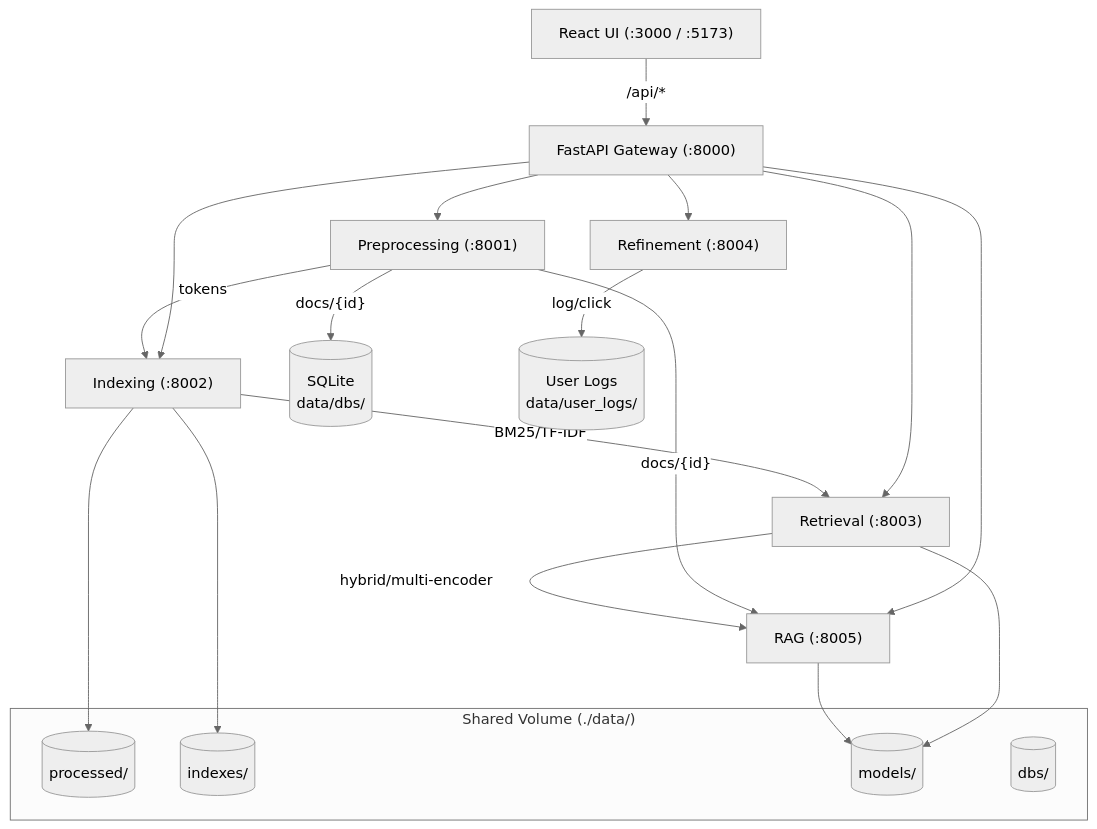
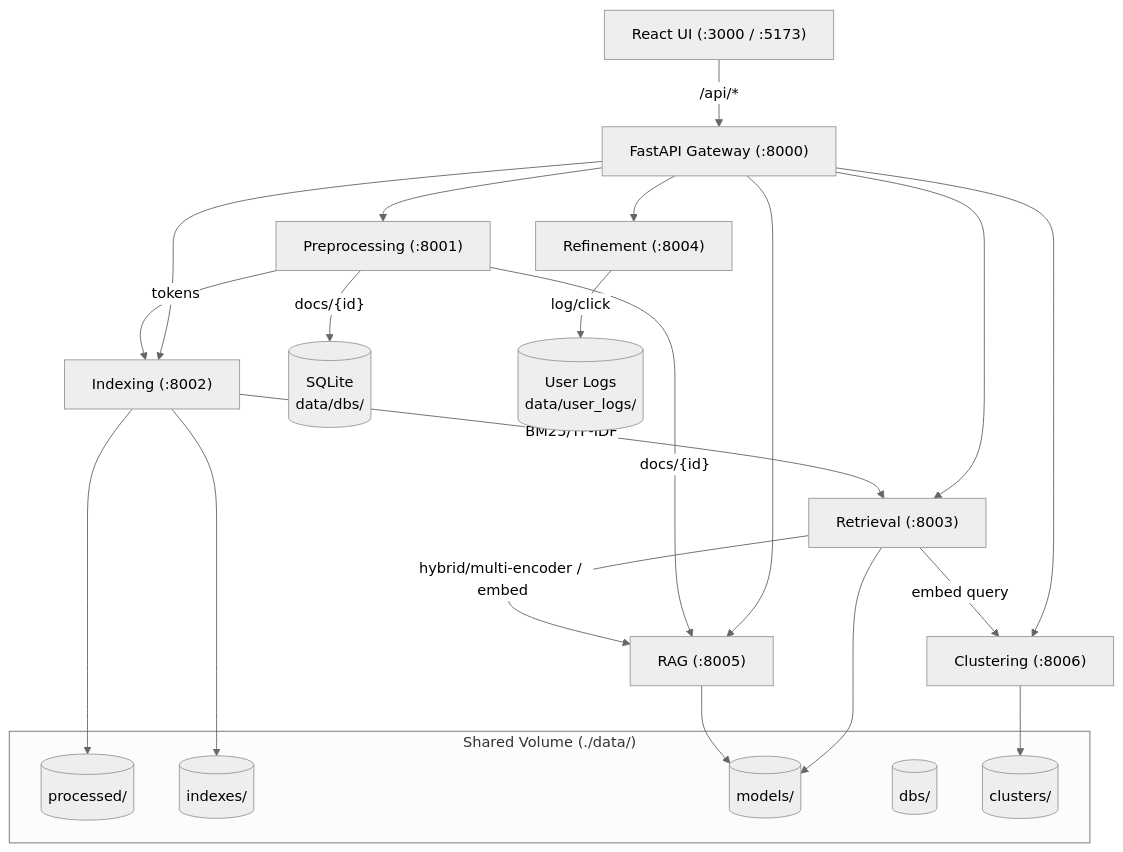
One commit to YasserJ01/ir-project-2026 changed the diagram in README.md. Above: the diagram before and after it, drawn with Mermaid (neutral theme). The commit also changed other lines of this file and 3 other files, not shown here.

Commit message:
Docs: update README + architecture + progress + report for clustering service

````diff
--- a/README.md
+++ b/README.md
@@ -124,25 +124,29 @@
 ```mermaid
 graph TB
     UI["React UI (:3000 / :5173)"] -->|"/api/*"| GW["FastAPI Gateway (:8000)"]
     GW --> PP["Preprocessing (:8001)"]
     GW --> IX["Indexing (:8002)"]
     GW --> RT["Retrieval (:8003)"]
     GW --> RF["Refinement (:8004)"]
     GW --> RG["RAG (:8005)"]
+    GW --> CL["Clustering (:8006)"]
     PP -->|"tokens"| IX
     PP -->|"docs/{id}"| RG
     PP -->|"docs/{id}"| DB[(SQLite<br/>data/dbs/)]
     IX -->|"BM25/TF-IDF"| RT
-    RT -->|"hybrid/multi-encoder"| RG
+    RT -->|"hybrid/multi-encoder / embed"| RG
+    RT -->|"embed query"| CL
     RF -->|"log/click"| UL[("User Logs<br/>data/user_logs/")]
     subgraph DATA ["Shared Volume (./data/)"]
         P[(processed/)]
         I[(indexes/)]
         M[(models/)]
         DBS[(dbs/)]
+        CI[(clusters/)]
     end
     IX --> P
     IX --> I
     RT --> M
+    CL --> CI
     RG --> M
 ```
````
